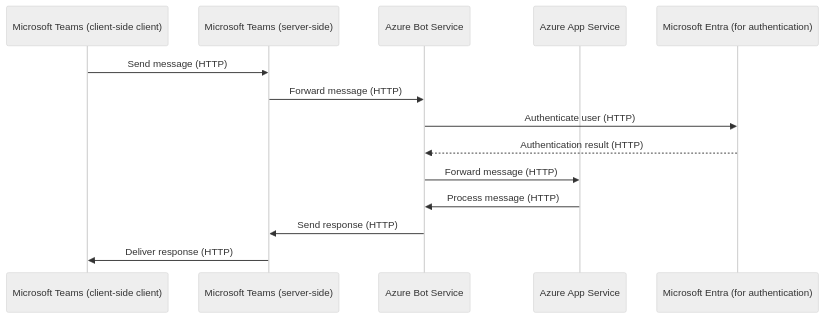
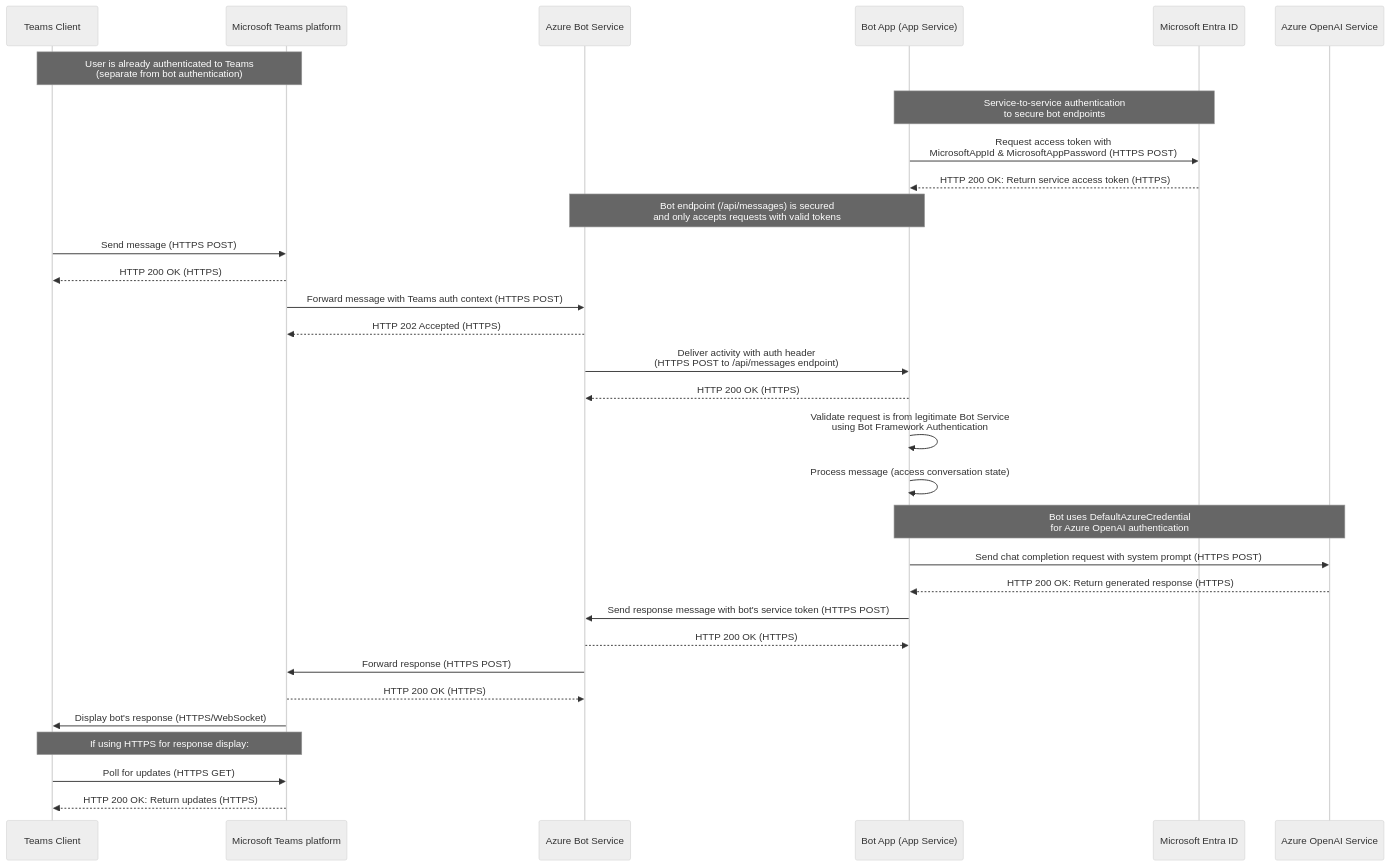
The diagram in docs/sequence-diagram.md (rukasakurai/SystemPromptSwitchingGPTBot), drawn with Mermaid (neutral theme) before and after one commit. The commit also changed other lines of this file, not shown here.

Commit message:
Enhance sequence diagram to include detailed authentication flow and … (#11)

````diff
--- a/docs/sequence-diagram.md
+++ b/docs/sequence-diagram.md
@@ -5,17 +5,48 @@
 ```mermaid
 sequenceDiagram
-    participant User as Microsoft Teams (client-side client)
-    participant TeamsServer as Microsoft Teams (server-side)
+    participant User as Teams Client
+    participant TeamsService as Microsoft Teams platform
     participant BotService as Azure Bot Service
-    participant AppService as Azure App Service
-    participant Entra as Microsoft Entra (for authentication)
+    participant Bot as Bot App (App Service)
+    participant Entra as Microsoft Entra ID
+    participant OpenAI as Azure OpenAI Service
 
-    User->>TeamsServer: Send message (HTTP)
-    TeamsServer->>BotService: Forward message (HTTP)
-    BotService->>Entra: Authenticate user (HTTP)
-    Entra-->>BotService: Authentication result (HTTP)
-    BotService->>AppService: Forward message (HTTP)
-    AppService->>BotService: Process message (HTTP)
-    BotService->>TeamsServer: Send response (HTTP)
-    TeamsServer->>User: Deliver response (HTTP)
+    %% User is already authenticated to Teams (happens before bot interaction)
+    Note over User,TeamsService: User is already authenticated to Teams<br/>(separate from bot authentication)
+
+    %% Service-to-service authentication for securing API endpoints
+    Note over Bot,Entra: Service-to-service authentication<br/>to secure bot endpoints
+    Bot->>Entra: Request access token with<br/>MicrosoftAppId & MicrosoftAppPassword (HTTPS POST)
+    Entra-->>Bot: HTTP 200 OK: Return service access token (HTTPS)
+    Note over BotService,Bot: Bot endpoint (/api/messages) is secured<br/>and only accepts requests with valid tokens
+
+    %% Initial message flow
+    User->>TeamsService: Send message (HTTPS POST)
+    TeamsService-->>User: HTTP 200 OK (HTTPS)
+    TeamsService->>BotService: Forward message with Teams auth context (HTTPS POST)
+    BotService-->>TeamsService: HTTP 202 Accepted (HTTPS)
+    BotService->>Bot: Deliver activity with auth header<br/>(HTTPS POST to /api/messages endpoint)
+    Bot-->>BotService: HTTP 200 OK (HTTPS)
+
+    %% Bot validates incoming requests
+    Bot->>Bot: Validate request is from legitimate Bot Service<br/>using Bot Framework Authentication
+
+    %% Main message processing flow
+    Bot->>Bot: Process message (access conversation state)
+
+    %% Azure OpenAI interaction
+    Note over Bot,OpenAI: Bot uses DefaultAzureCredential<br/>for Azure OpenAI authentication
+    Bot->>OpenAI: Send chat completion request with system prompt (HTTPS POST)
+    OpenAI-->>Bot: HTTP 200 OK: Return generated response (HTTPS)
+
+    Bot->>BotService: Send response message with bot's service token (HTTPS POST)
+    BotService-->>Bot: HTTP 200 OK (HTTPS)
+    BotService->>TeamsService: Forward response (HTTPS POST)
+    TeamsService-->>BotService: HTTP 200 OK (HTTPS)
+    TeamsService->>User: Display bot's response (HTTPS/WebSocket)
+
+    %% If using HTTPS for response display
+    Note over TeamsService,User: If using HTTPS for response display:
+    User->>TeamsService: Poll for updates (HTTPS GET)
+    TeamsService-->>User: HTTP 200 OK: Return updates (HTTPS)
 ```
````
